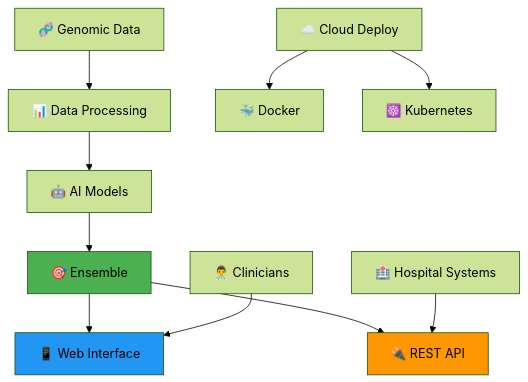
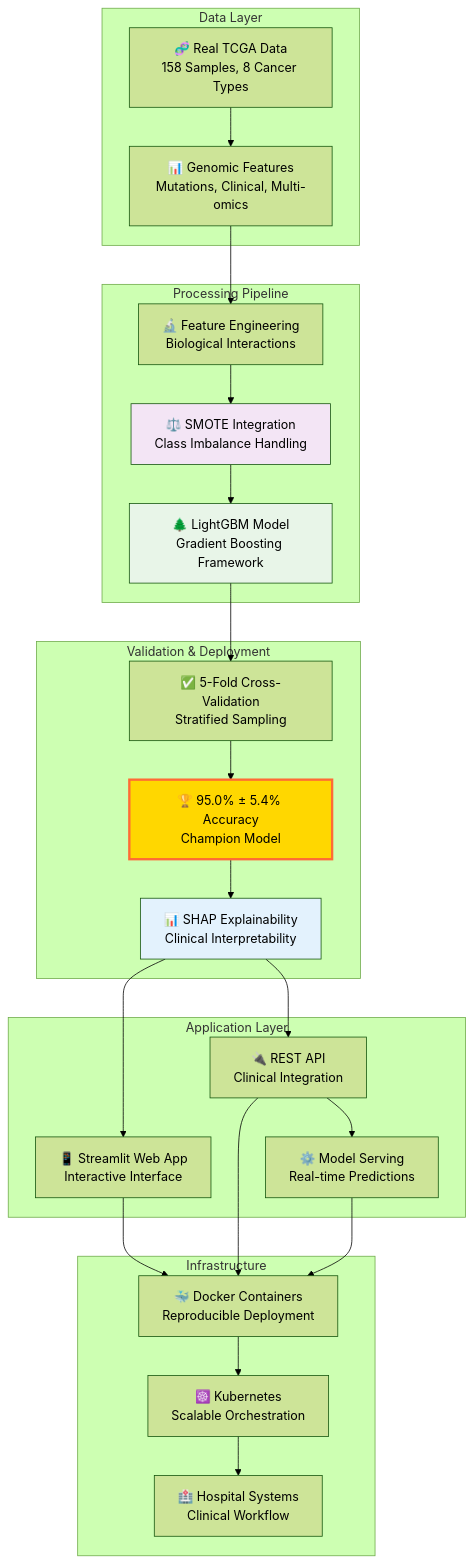
The second of 2 diagrams in README.md (rstil2/cancer-alpha), drawn with Mermaid (forest theme) before and after one commit. The commit also changed other lines of this file and 40 other files, not shown here.

````diff
--- a/README.md
+++ b/README.md
@@ -248,18 +248,52 @@
 ```mermaid
-graph TB
-    A[🧬 Genomic Data] --> B[📊 Data Processing]
-    B --> C[🤖 AI Models]
-    C --> D[🎯 Ensemble]
-    D --> E[📱 Web Interface]
-    D --> F[🔌 REST API]
+flowchart TD
+    subgraph "Data Layer"
+        A[🧬 Real TCGA Data<br/>158 Samples, 8 Cancer Types]
+        B[📊 Genomic Features<br/>Mutations, Clinical, Multi-omics]
+    end
     
-    G[🏥 Hospital Systems] --> F
-    H[👨‍⚕️ Clinicians] --> E
+    subgraph "Processing Pipeline"
+        C[🔬 Feature Engineering<br/>Biological Interactions]
+        D[⚖️ SMOTE Integration<br/>Class Imbalance Handling]
+        E[🌲 LightGBM Model<br/>Gradient Boosting Framework]
+    end
     
-    I[☁️ Cloud Deploy] --> J[🐳 Docker]
-    I --> K[☸️ Kubernetes]
+    subgraph "Validation & Deployment"
+        F[✅ 5-Fold Cross-Validation<br/>Stratified Sampling]
+        G[🏆 95.0% ± 5.4% Accuracy<br/>Champion Model]
+        H[📊 SHAP Explainability<br/>Clinical Interpretability]
+    end
     
-    style D fill:#4CAF50
-    style E fill:#2196F3
-    style F fill:#FF9800
+    subgraph "Application Layer"
+        I[📱 Streamlit Web App<br/>Interactive Interface]
+        J[🔌 REST API<br/>Clinical Integration]
+        K[⚙️ Model Serving<br/>Real-time Predictions]
+    end
+    
+    subgraph "Infrastructure"
+        L[🐳 Docker Containers<br/>Reproducible Deployment]
+        M[☸️ Kubernetes<br/>Scalable Orchestration]
+        N[🏥 Hospital Systems<br/>Clinical Workflow]
+    end
+    
+    A --> B
+    B --> C
+    C --> D
+    D --> E
+    E --> F
+    F --> G
+    G --> H
+    H --> I
+    H --> J
+    J --> K
+    I --> L
+    J --> L
+    K --> L
+    L --> M
+    M --> N
+    
+    style G fill:#FFD700,stroke:#FF6B35,stroke-width:3px
+    style E fill:#E8F5E8
+    style D fill:#F3E5F5
+    style H fill:#E3F2FD
 ```
````
